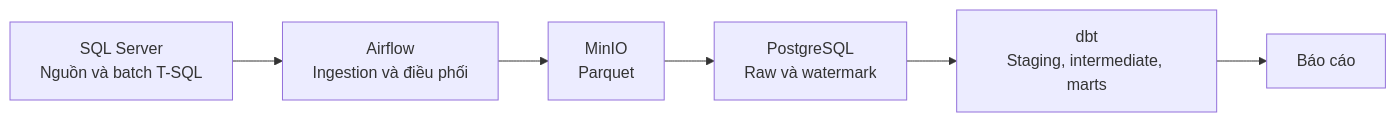
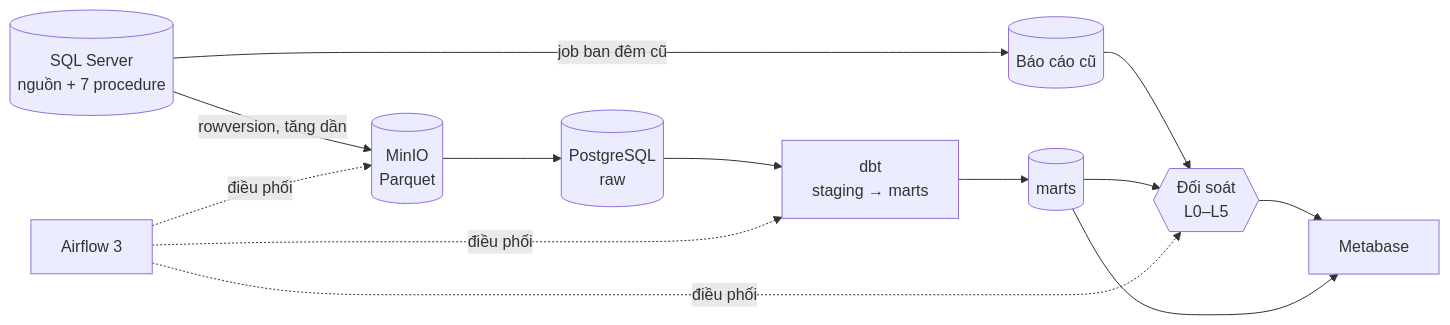
One commit to druy3april/legacy-migration changed the diagram in README.md. Above: the diagram before and after it, drawn with Mermaid. The commit also changed other lines of this file and 89 other files, not shown here.

````diff
--- a/README.md
+++ b/README.md
@@ -29,15 +23,15 @@
 ```mermaid
 flowchart LR
-    SQL[SQL Server<br/>Nguồn và batch T-SQL]
-    AIR[Airflow<br/>Ingestion và điều phối]
-    S3[MinIO<br/>Parquet]
-    RAW[PostgreSQL<br/>Raw và watermark]
-    DBT[dbt<br/>Staging, intermediate, marts]
-    OUT[Báo cáo]
-
-    SQL --> AIR
-    AIR --> S3
-    S3 --> RAW
-    RAW --> DBT
-    DBT --> OUT
+    SRC[(SQL Server<br/>nguồn + 7 procedure)] -->|rowversion, tăng dần| S3[(MinIO<br/>Parquet)]
+    S3 --> RAW[(PostgreSQL<br/>raw)]
+    RAW --> DBT[dbt<br/>staging → marts]
+    SRC -->|job ban đêm cũ| OLD[(Báo cáo cũ)]
+    DBT --> NEW[(marts)]
+    OLD --> RECON{{Đối soát<br/>L0–L5}}
+    NEW --> RECON
+    RECON --> MB[Metabase]
+    NEW --> MB
+    AF[Airflow 3] -. điều phối .-> S3
+    AF -. điều phối .-> DBT
+    AF -. điều phối .-> RECON
 ```
````
